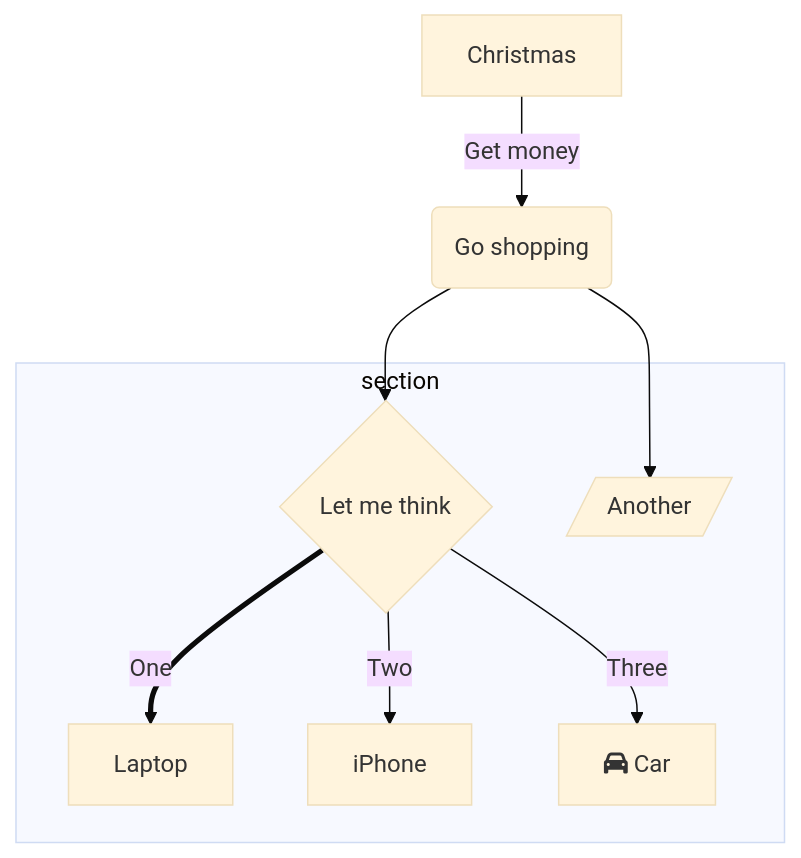
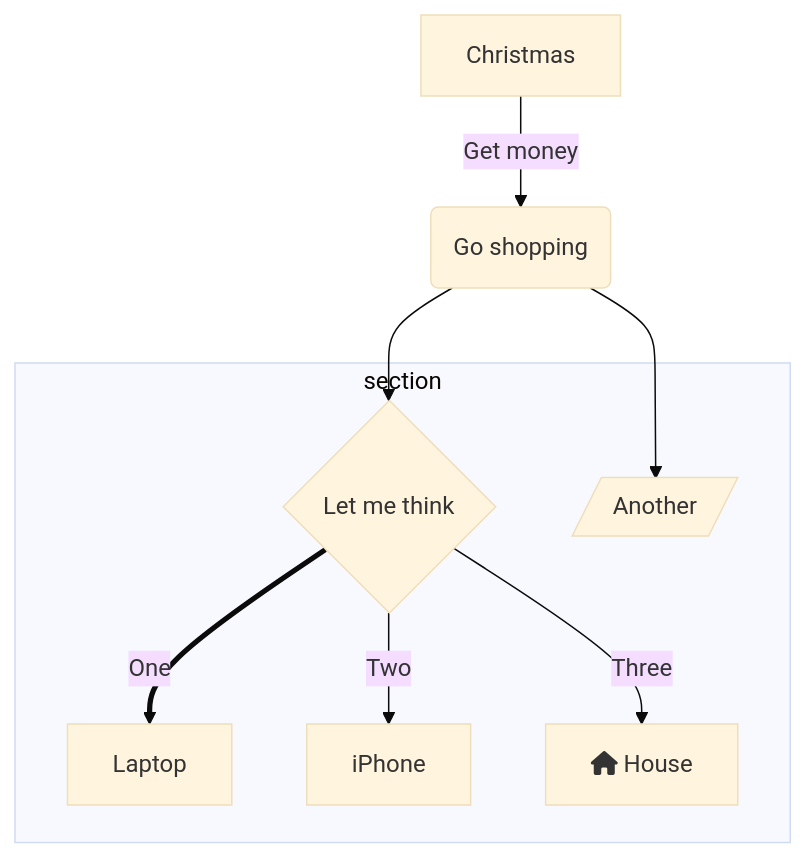
One commit to headsink/headsink changed the diagram in README.md. Above: the diagram before and after it, drawn with Mermaid.

````diff
--- a/README.md
+++ b/README.md
@@ -26,17 +26,17 @@
 ```mermaid
 %%{init: {'theme':'base'}}%%
         graph TD
           A[Christmas] -->|Get money| B(Go shopping)
           B --> C{Let me think}
           B --> G[/Another/]
           C ==>|One| D[Laptop]
           C -->|Two| E[iPhone]
-          C -->|Three| F[fa:fa-car Car]
+          C -->|Three| F[fa:fa-house House]
           subgraph section
             C
             D
             E
             F
             G
           end
 ```
````
